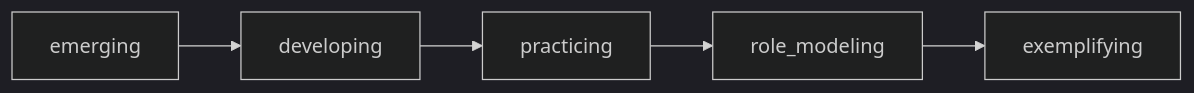
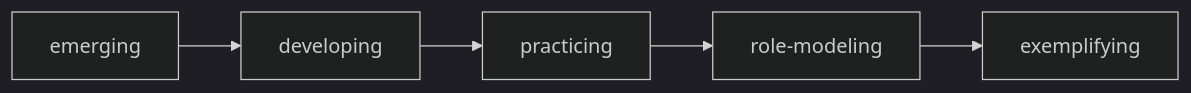
Before and after one commit to forwardimpact/monorepo: the third of 3 diagrams in websites/fit/docs/reference/model/index.md, drawn with Mermaid (dark theme). The commit also changed other lines of this file and 260 other files, not shown here.

````diff
--- a/websites/fit/docs/reference/model/index.md
+++ b/websites/fit/docs/reference/model/index.md
@@ -112,4 +112,4 @@
 ```mermaid
 flowchart LR
-    emerging --> developing --> practicing --> role_modeling --> exemplifying
+    emerging --> developing --> practicing --> role-modeling --> exemplifying
 ```
````
